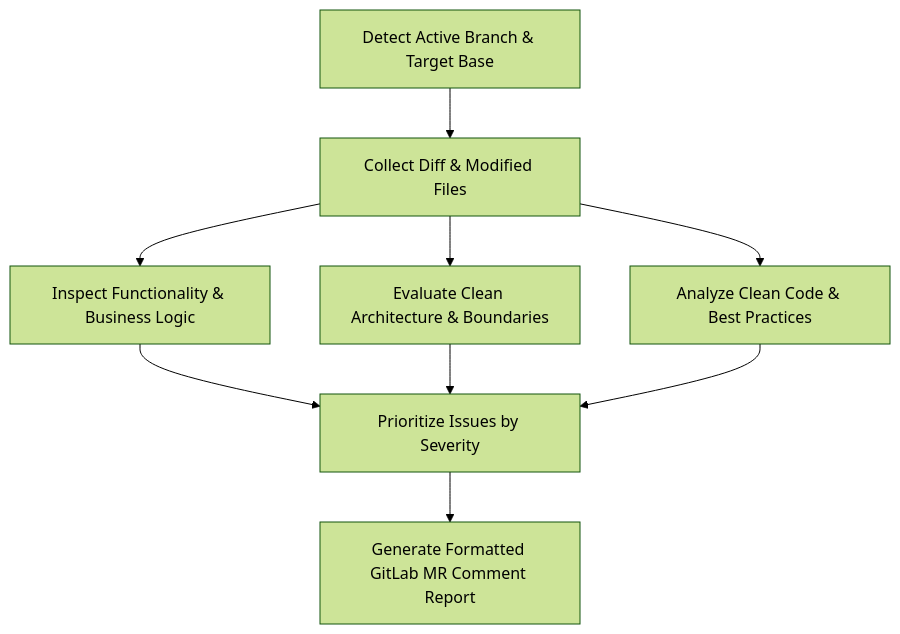
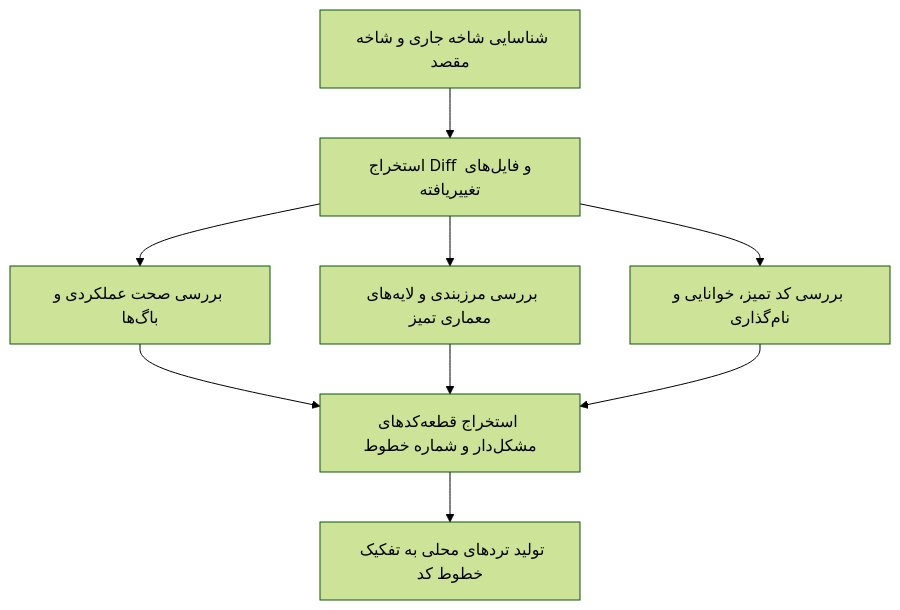
One commit to RezaSh798/agent changed the second of 2 diagrams in commands/code-review.md. Above: the diagram before and after it, drawn with Mermaid (forest theme). The commit also changed other lines of this file and 1 other file, not shown here.

Commit message:
feat(code-review): support localized inline discussion threads and dual execution mode

````diff
--- a/commands/code-review.md
+++ b/commands/code-review.md
@@ -17,9 +63,9 @@
 ```mermaid
 flowchart TD
-    A[Detect Active Branch & Target Base] --> B[Collect Diff & Modified Files]
-    B --> C[Inspect Functionality & Business Logic]
-    B --> D[Evaluate Clean Architecture & Boundaries]
-    B --> E[Analyze Clean Code & Best Practices]
-    C & D & E --> F[Prioritize Issues by Severity]
-    F --> G[Generate Formatted GitLab MR Comment Report]
+    A[شناسایی شاخه جاری و شاخه مقصد] --> B[استخراج Diff و فایل‌های تغییریافته]
+    B --> C[بررسی صحت عملکردی و باگ‌ها]
+    B --> D[بررسی مرزبندی و لایه‌های معماری تمیز]
+    B --> E[بررسی کد تمیز، خوانایی و نام‌گذاری]
+    C & D & E --> F[استخراج قطعه‌کدهای مشکل‌دار و شماره خطوط]
+    F --> G[تولید تردهای محلی به تفکیک خطوط کد]
 ```
````
